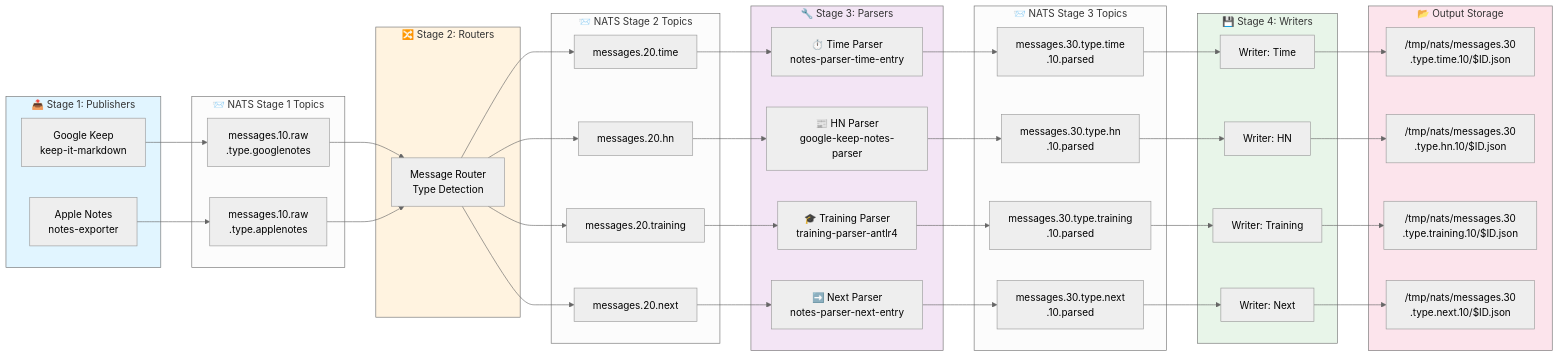
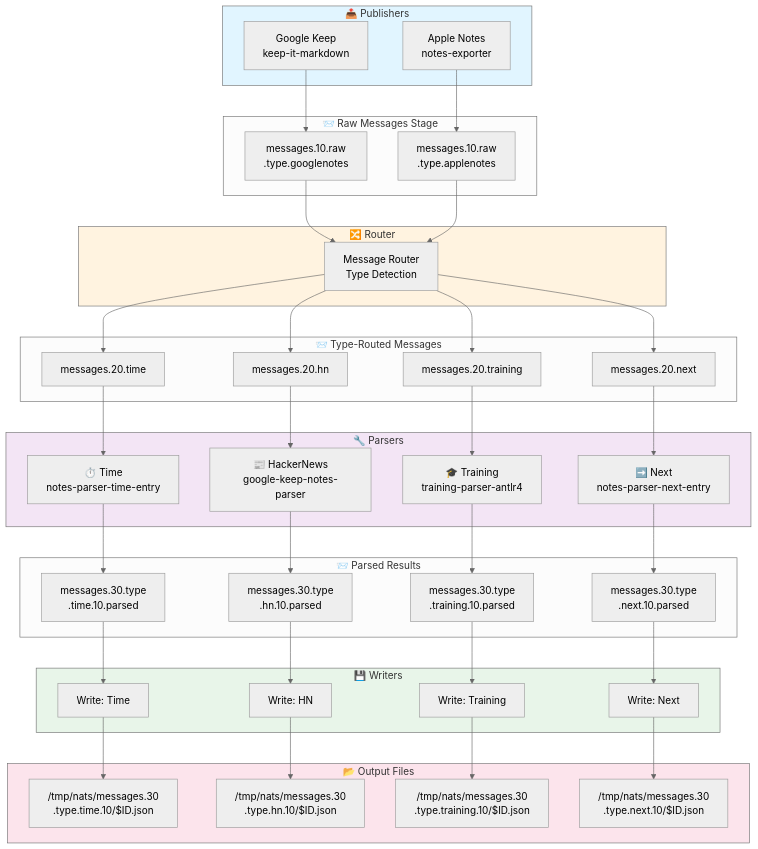
The diagram in README.md (alvarogarcia7/notes-router), drawn with Mermaid (neutral theme) before and after one commit.

Commit message:
Change diagram to vertical orientation for better page fit
- Change Mermaid graph direction from LR to TD (Top-Down)
- Simplify stage names for vertical layout (shorter labels)
- Improves readability on narrow screens and README pages
- Maintains all information and visual styling

````diff
--- a/README.md
+++ b/README.md
@@ -14,82 +14,82 @@
 ```mermaid
-graph LR
-    subgraph Stage1["📤 Stage 1: Publishers"]
+graph TD
+    subgraph Stage1["📤 Publishers"]
         GK["Google Keep<br/>keep-it-markdown"]
         AN["Apple Notes<br/>notes-exporter"]
     end
 
-    subgraph NATSTopics1["📨 NATS Stage 1 Topics"]
+    subgraph NATSTopics1["📨 Raw Messages Stage"]
         T1A["messages.10.raw<br/>.type.googlenotes"]
         T1B["messages.10.raw<br/>.type.applenotes"]
     end
 
-    subgraph Stage2["🔀 Stage 2: Routers"]
+    subgraph Stage2["🔀 Router"]
         RT["Message Router<br/>Type Detection"]
     end
 
-    subgraph NATSTopics2["📨 NATS Stage 2 Topics"]
+    subgraph NATSTopics2["📨 Type-Routed Messages"]
         T2A["messages.20.time"]
         T2B["messages.20.hn"]
         T2C["messages.20.training"]
         T2D["messages.20.next"]
     end
 
-    subgraph Stage3["🔧 Stage 3: Parsers"]
-        P1["⏱️ Time Parser<br/>notes-parser-time-entry"]
-        P2["📰 HN Parser<br/>google-keep-notes-parser"]
-        P3["🎓 Training Parser<br/>training-parser-antlr4"]
-        P4["➡️ Next Parser<br/>notes-parser-next-entry"]
+    subgraph Stage3["🔧 Parsers"]
+        P1["⏱️ Time<br/>notes-parser-time-entry"]
+        P2["📰 HackerNews<br/>google-keep-notes-parser"]
+        P3["🎓 Training<br/>training-parser-antlr4"]
+        P4["➡️ Next<br/>notes-parser-next-entry"]
     end
 
-    subgraph NATSTopics3["📨 NATS Stage 3 Topics"]
-        T3A["messages.30.type.time<br/>.10.parsed"]
-        T3B["messages.30.type.hn<br/>.10.parsed"]
-        T3C["messages.30.type.training<br/>.10.parsed"]
-        T3D["messages.30.type.next<br/>.10.parsed"]
+    subgraph NATSTopics3["📨 Parsed Results"]
+        T3A["messages.30.type<br/>.time.10.parsed"]
+        T3B["messages.30.type<br/>.hn.10.parsed"]
+        T3C["messages.30.type<br/>.training.10.parsed"]
+        T3D["messages.30.type<br/>.next.10.parsed"]
     end
 
-    subgraph Stage4["💾 Stage 4: Writers"]
-        W1["Writer: Time"]
-        W2["Writer: HN"]
-        W3["Writer: Training"]
-        W4["Writer: Next"]
+    subgraph Stage4["💾 Writers"]
+        W1["Write: Time"]
+        W2["Write: HN"]
+        W3["Write: Training"]
+        W4["Write: Next"]
     end
 
-    subgraph Output["📂 Output Storage"]
+    subgraph Output["📂 Output Files"]
         OUT1["/tmp/nats/messages.30<br/>.type.time.10/$ID.json"]
         OUT2["/tmp/nats/messages.30<br/>.type.hn.10/$ID.json"]
         OUT3["/tmp/nats/messages.30<br/>.type.training.10/$ID.json"]
         OUT4["/tmp/nats/messages.30<br/>.type.next.10/$ID.json"]
     end
 
     GK --> T1A
     AN --> T1B
     T1A --> RT
     T1B --> RT
     RT --> T2A
     RT --> T2B
     RT --> T2C
     RT --> T2D
     T2A --> P1
     T2B --> P2
     T2C --> P3
     T2D --> P4
     P1 --> T3A
     P2 --> T3B
     P3 --> T3C
     P4 --> T3D
     T3A --> W1
     T3B --> W2
     T3C --> W3
     T3D --> W4
     W1 --> OUT1
     W2 --> OUT2
     W3 --> OUT3
     W4 --> OUT4
 
     style Stage1 fill:#e1f5ff
     style Stage2 fill:#fff3e0
     style Stage3 fill:#f3e5f5
     style Stage4 fill:#e8f5e9
     style Output fill:#fce4ec
 ```
````
